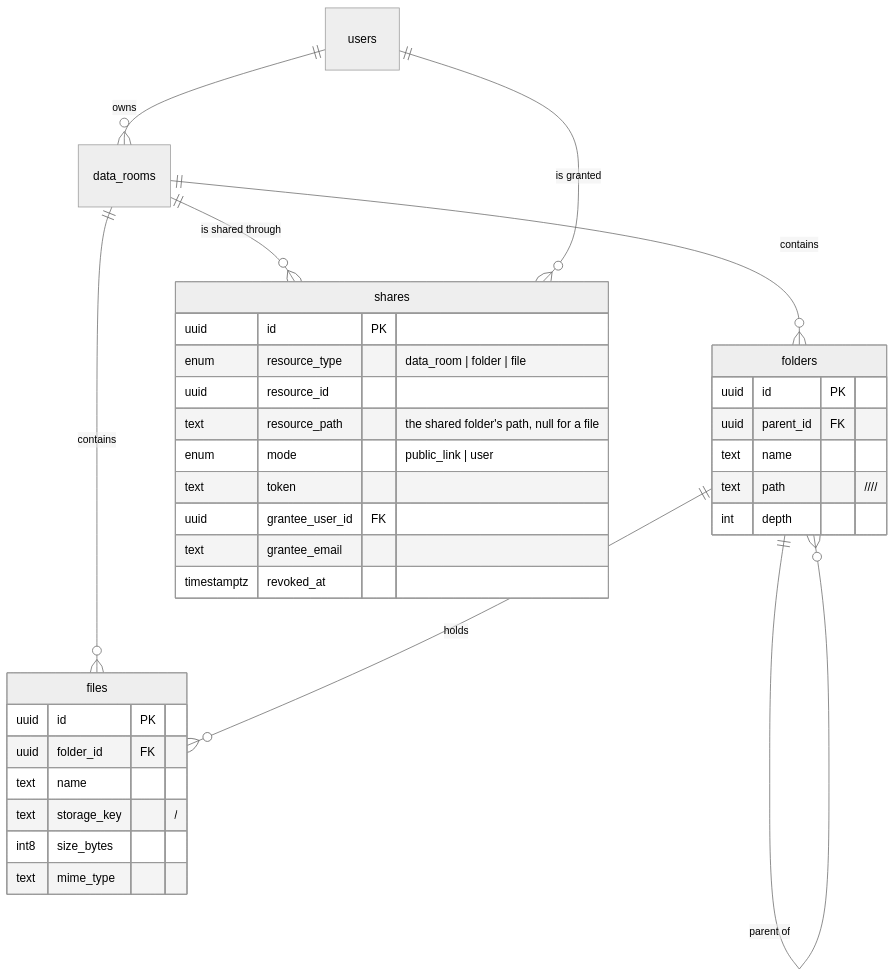
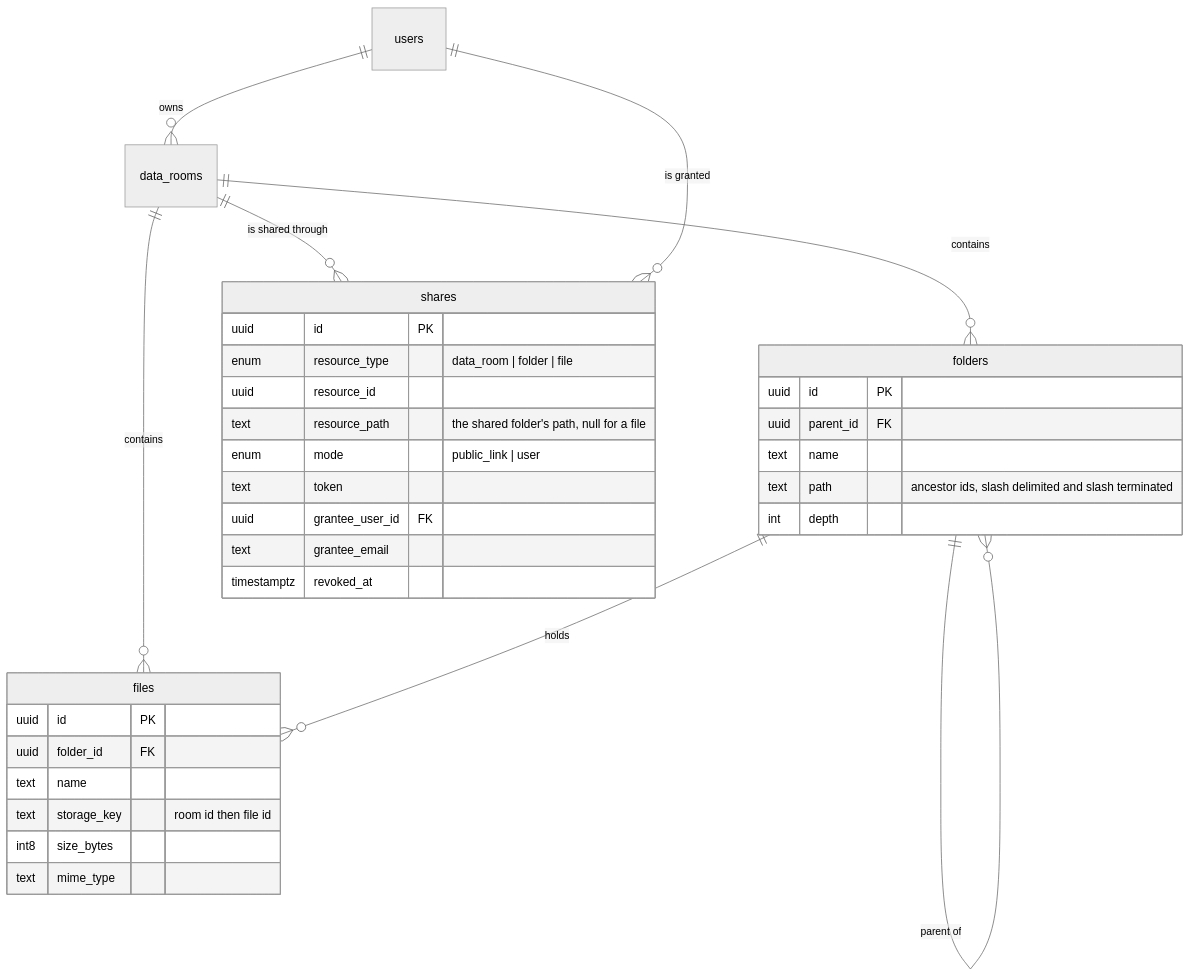
Before and after one commit to NizarKenny/dataroom: the diagram in README.md, drawn with Mermaid (neutral theme).

Commit message:
Write the ERD comments so mermaid keeps them
Angle brackets inside an attribute comment are stripped when GitHub renders the
diagram, which turned the path example into four slashes.

Claude-Session: https://claude.ai/code/session_016qa24fJLEnWs1wihdptp8M

````diff
--- a/README.md
+++ b/README.md
@@ -73,37 +73,37 @@
 ```mermaid
 erDiagram
     users ||--o{ data_rooms : owns
     data_rooms ||--o{ folders : contains
     data_rooms ||--o{ files : contains
     data_rooms ||--o{ shares : "is shared through"
     folders ||--o{ folders : "parent of"
     folders ||--o{ files : holds
     users ||--o{ shares : "is granted"
 
     folders {
         uuid id PK
         uuid parent_id FK
         text name
-        text path "/<root>/<child>/<self>/"
+        text path "ancestor ids, slash delimited and slash terminated"
         int depth
     }
     files {
         uuid id PK
         uuid folder_id FK
         text name
-        text storage_key "<room>/<file>"
+        text storage_key "room id then file id"
         int8 size_bytes
         text mime_type
     }
     shares {
         uuid id PK
         enum resource_type "data_room | folder | file"
         uuid resource_id
         text resource_path "the shared folder's path, null for a file"
         enum mode "public_link | user"
         text token
         uuid grantee_user_id FK
         text grantee_email
         timestamptz revoked_at
     }
 ```
````
